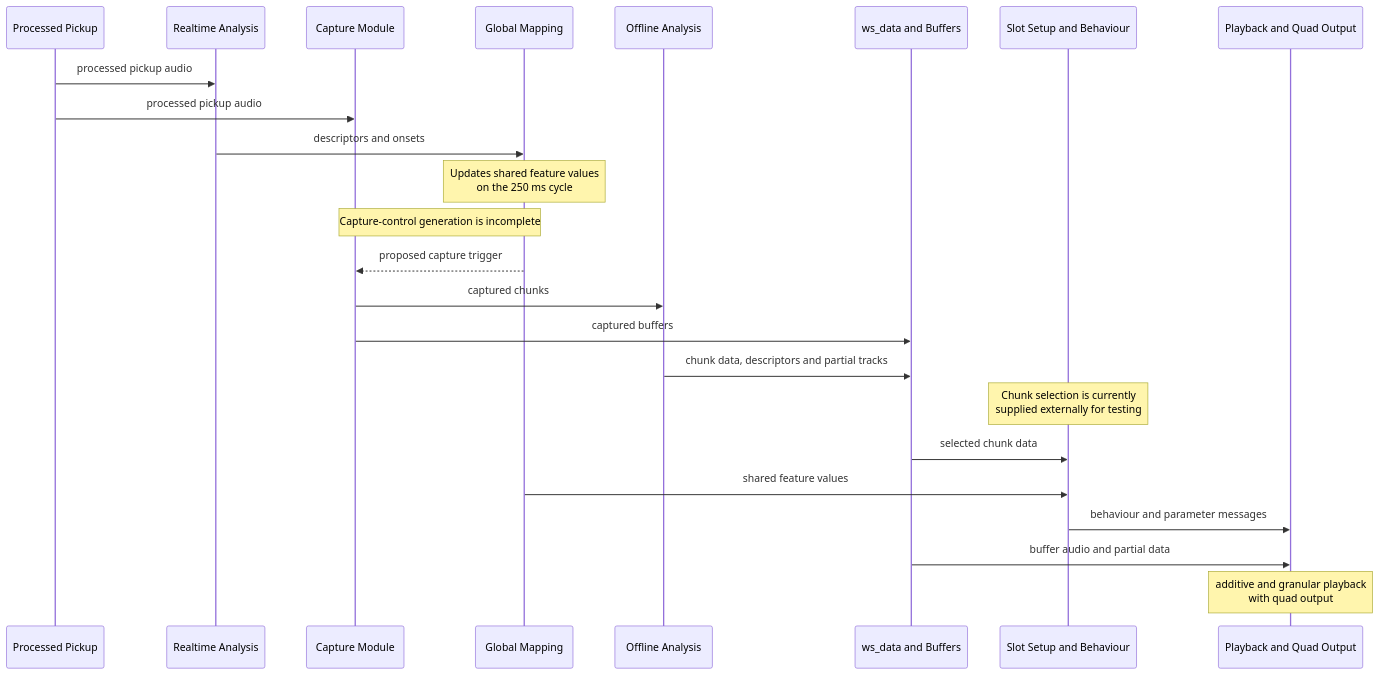
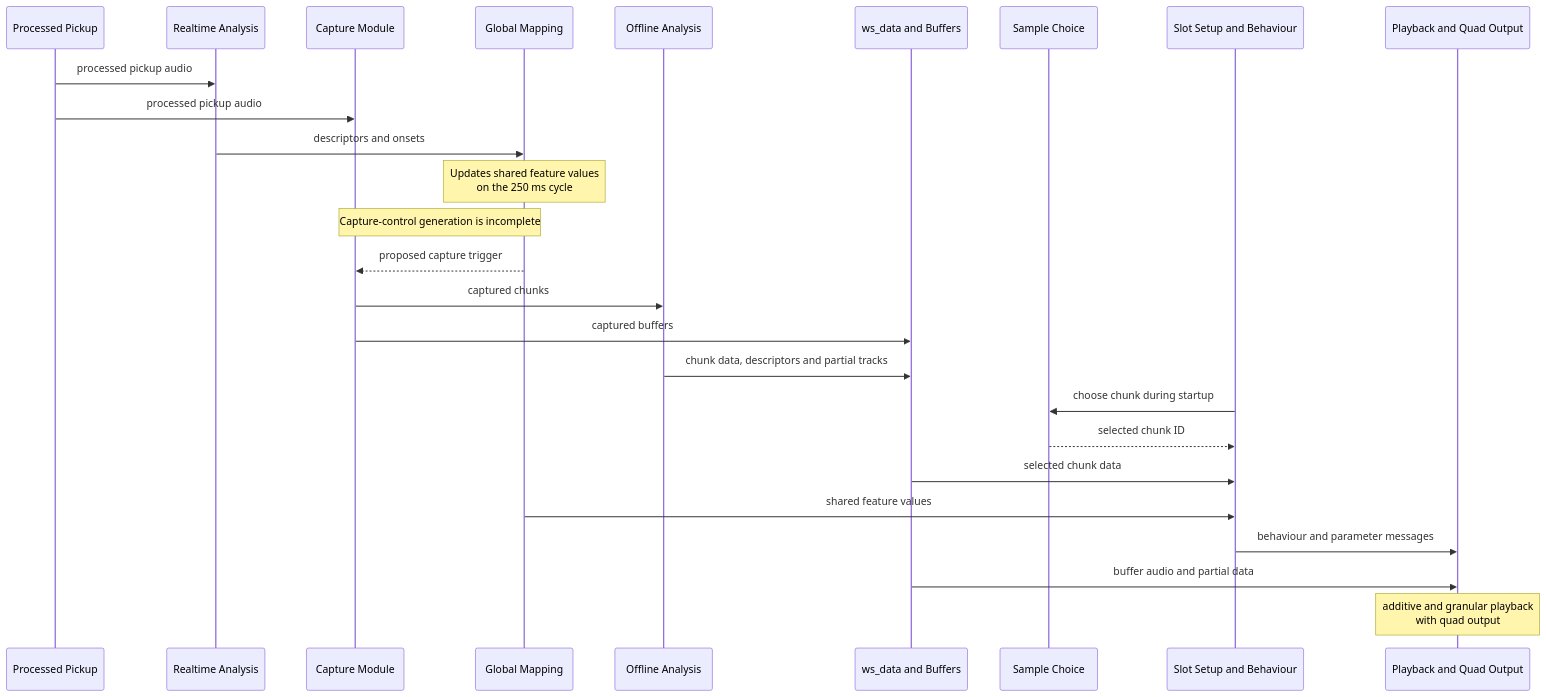
One commit to AlexHarker/wintersleep changed the fourth of 4 diagrams in System Architecture.md. Above: the diagram before and after it, drawn with Mermaid. The commit also changed other lines of this file and 1 other file, not shown here.

````diff
--- a/System Architecture.md
+++ b/System Architecture.md
@@ -216,27 +214,29 @@
 ```mermaid
 sequenceDiagram
     participant AudioInput as Processed Pickup
     participant Analysis as Realtime Analysis
     participant Capture as Capture Module
     participant Mapping as Global Mapping
     participant Offline as Offline Analysis
     participant Data as ws_data and Buffers
+    participant SampleChoice as Sample Choice
     participant Slot as Slot Setup and Behaviour
     participant Playback as Playback and Quad Output
     
     AudioInput->>Analysis: processed pickup audio
     AudioInput->>Capture: processed pickup audio
     Analysis->>Mapping: descriptors and onsets
     Note over Mapping: Updates shared feature values<br/>on the 250 ms cycle
     Note over Mapping,Capture: Capture-control generation is incomplete
     Mapping-->>Capture: proposed capture trigger
     Capture->>Offline: captured chunks
     Capture->>Data: captured buffers
     Offline->>Data: chunk data, descriptors and partial tracks
-    Note over Slot: Chunk selection is currently<br/>supplied externally for testing
+    Slot->>SampleChoice: choose chunk during startup
+    SampleChoice-->>Slot: selected chunk ID
     Data->>Slot: selected chunk data
     Mapping->>Slot: shared feature values
     Slot->>Playback: behaviour and parameter messages
     Data->>Playback: buffer audio and partial data
     Note over Playback: additive and granular playback<br/>with quad output
 ```
````
